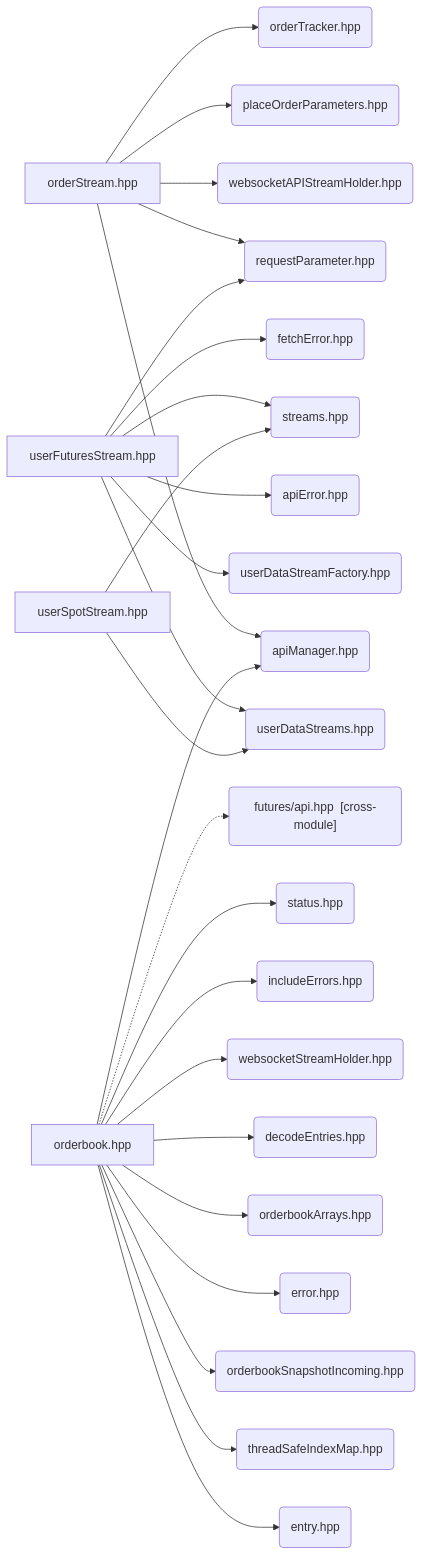
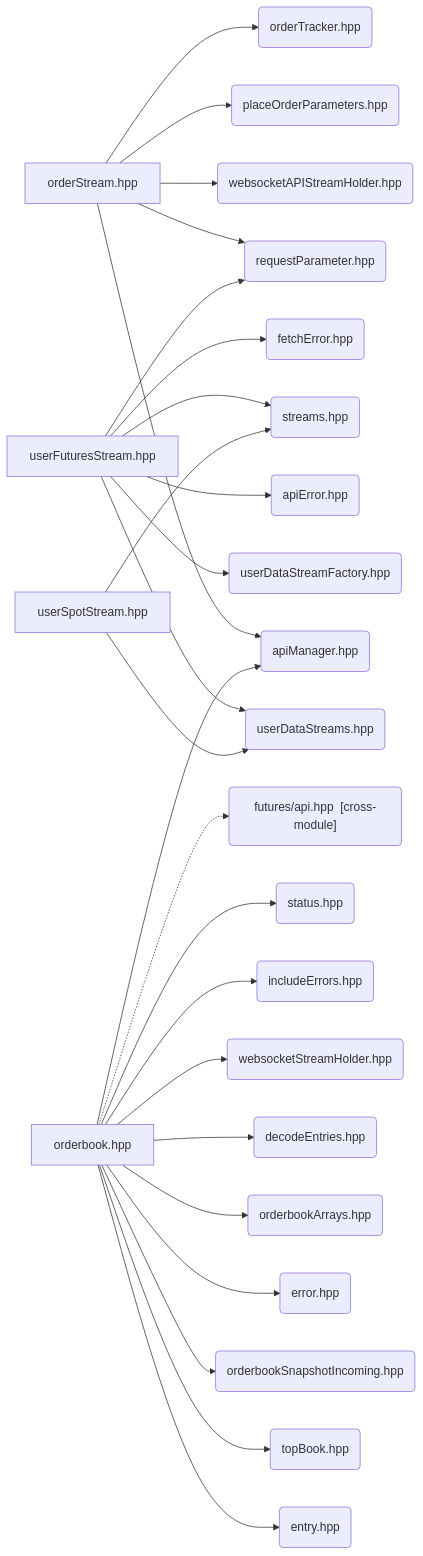
The sixth of 6 diagrams in doc/DEPENDENCY_GRAPH.md (Datakan13/AstraConnect), drawn with Mermaid before and after one commit. The commit also changed other lines of this file and 10 other files, not shown here.

````diff
--- a/doc/DEPENDENCY_GRAPH.md
+++ b/doc/DEPENDENCY_GRAPH.md
@@ -317,49 +312,49 @@
 ```mermaid
 graph LR
 
     RP(requestParameter.hpp)
     MGR(apiManager.hpp)
     WAPI(websocketAPIStreamHolder.hpp)
     POP(placeOrderParameters.hpp)
     OT(orderTracker.hpp)
     UDS(userDataStreams.hpp)
     UDF(userDataStreamFactory.hpp)
     AE(apiError.hpp)
     FE(fetchError.hpp)
     STR(streams.hpp)
     EN(entry.hpp)
-    TSI(threadSafeIndexMap.hpp)
+    TB(topBook.hpp)
     OBS(orderbookSnapshotIncoming.hpp)
     ER(error.hpp)
     OBA(orderbookArrays.hpp)
     DE(decodeEntries.hpp)
     WSH(websocketStreamHolder.hpp)
     IE(includeErrors.hpp)
     ST(status.hpp)
     FA("futures/api.hpp  [cross-module]")
 
     OS[orderStream.hpp]        --> RP
     OS                         --> MGR
     OS                         --> WAPI
     OS                         --> POP
     OS                         --> OT
     UFS[userFuturesStream.hpp] --> UDS
     UFS                        --> UDF
     UFS                        --> AE
     UFS                        --> FE
     UFS                        --> RP
     UFS                        --> STR
     USS[userSpotStream.hpp]    --> UDS
     USS                        --> STR
     OB[orderbook.hpp]          --> EN
-    OB                         --> TSI
+    OB                         --> TB
     OB                         --> OBS
     OB                         --> ER
     OB                         --> OBA
     OB                         --> DE
     OB                         --> WSH
     OB                         --> MGR
     OB                         --> IE
     OB                         --> ST
     OB                         -.-> FA
 ```
````
